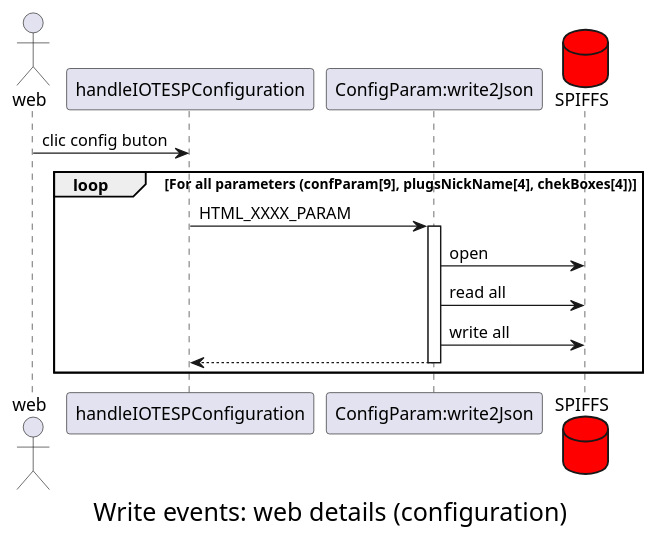
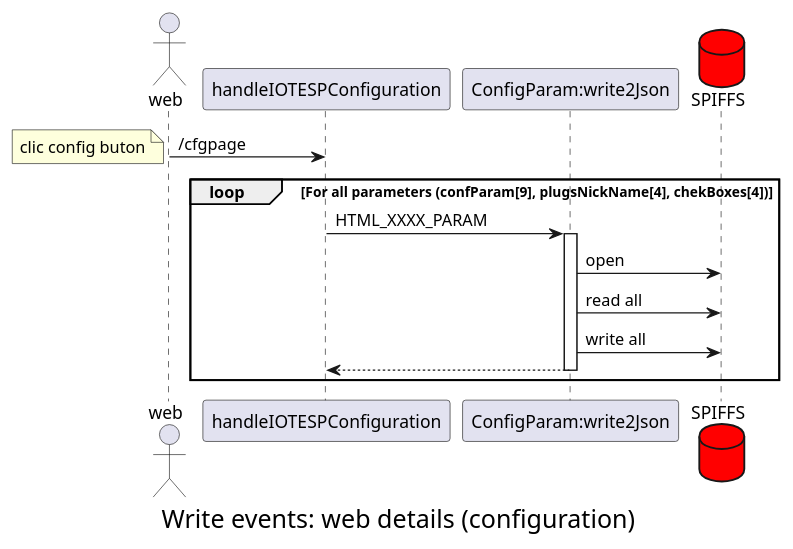
One commit to volab/IoT_EPS changed the diagram in _1_userDoc/source/graphviz/wrtiteEventsWebdetails.wsd. Above: the diagram before and after it, drawn with PlantUML. The commit also changed 4 other files, not shown here.

```diff
--- a/_1_userDoc/source/graphviz/wrtiteEventsWebdetails.wsd
+++ b/_1_userDoc/source/graphviz/wrtiteEventsWebdetails.wsd
@@ -1,27 +1,30 @@
 @startuml
 
 <style>
 caption {
 FontSize 20
 }
 </style>
 
 
 
 caption Write events: web details (configuration)
 actor web
 participant handleIOTESPConfiguration
 participant "ConfigParam:write2Json"
 database SPIFFS #red
-web -> handleIOTESPConfiguration: clic config buton
+web -> handleIOTESPConfiguration: /cfgpage
+note left
+clic config buton
+end note
 loop For all parameters (confParam[9], plugsNickName[4], chekBoxes[4])
     handleIOTESPConfiguration -> "ConfigParam:write2Json":HTML_XXXX_PARAM
     activate "ConfigParam:write2Json"
     "ConfigParam:write2Json" -> SPIFFS:open
     "ConfigParam:write2Json" -> SPIFFS:read all
     "ConfigParam:write2Json" -> SPIFFS:write all
     "ConfigParam:write2Json" --> handleIOTESPConfiguration
     deactivate "ConfigParam:write2Json"
 end
 
 @enduml
```
